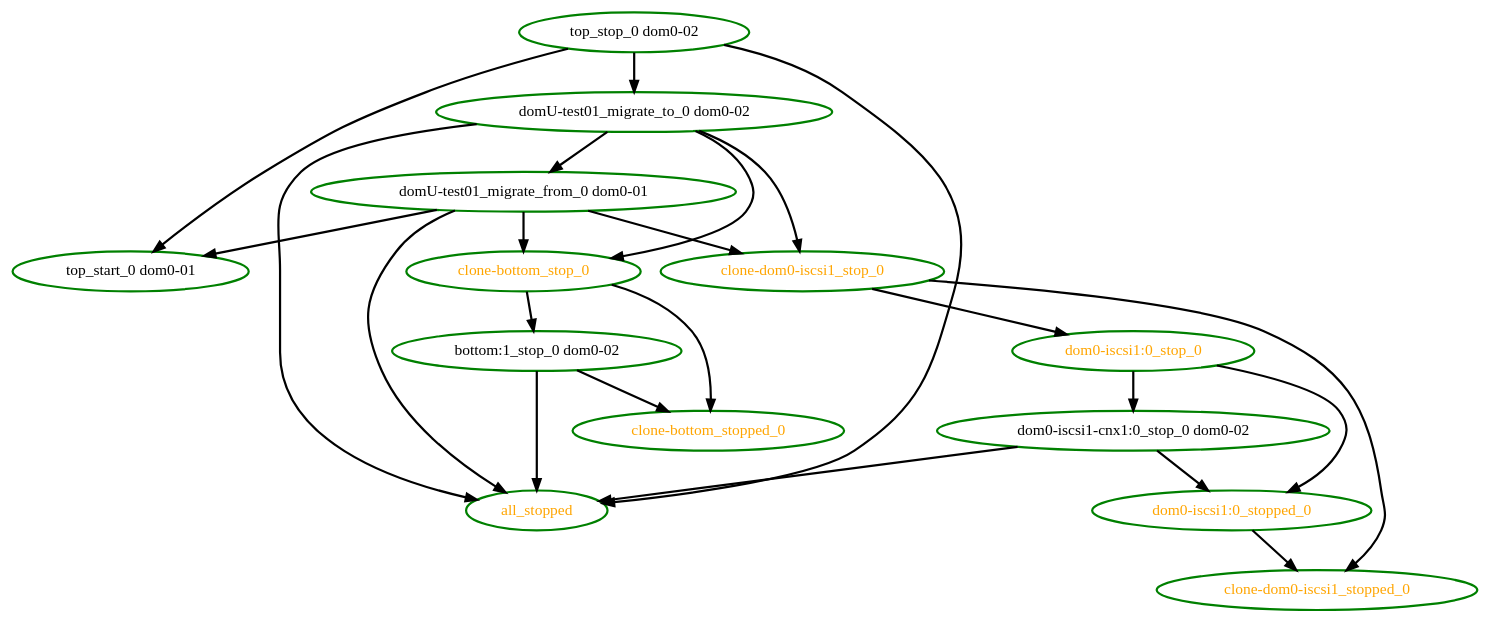
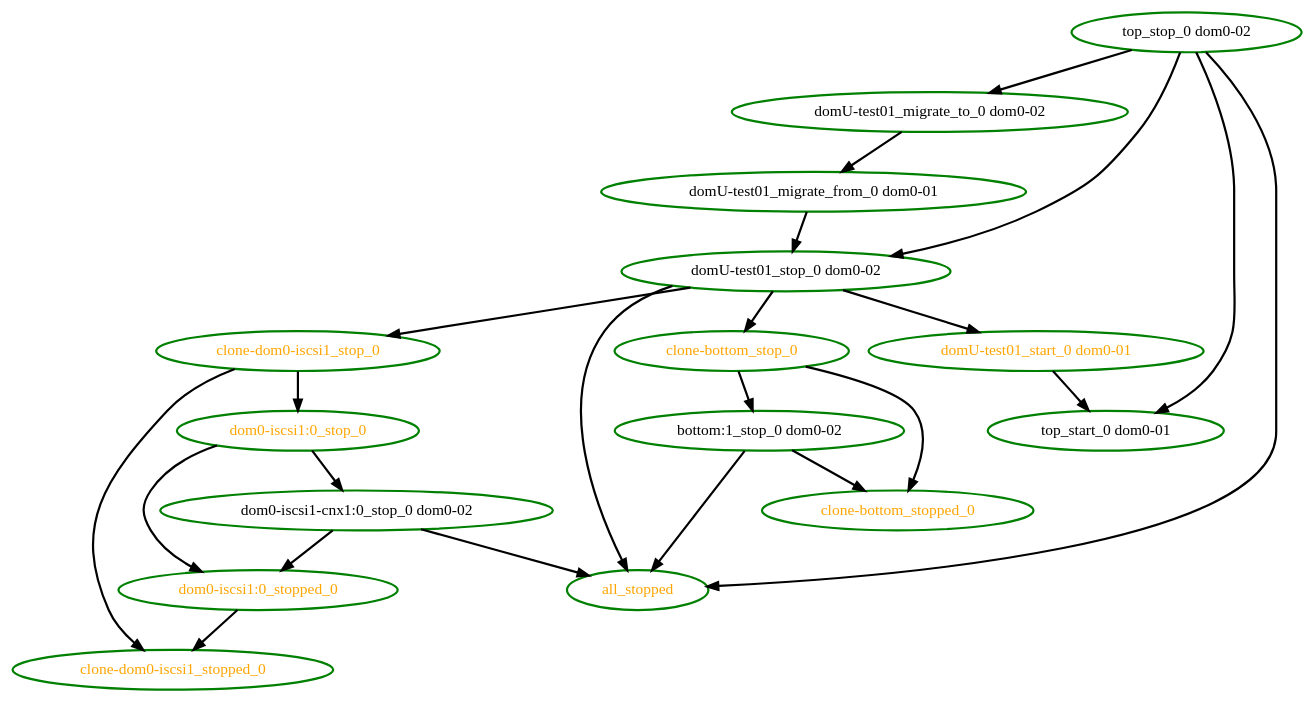
The diagram in pengine/test10/migrate-stop-complex.dot (ClusterLabs/pacemaker), drawn with Graphviz before and after one commit. The commit also changed 353 other files, not shown here.

```diff
--- a/pengine/test10/migrate-stop-complex.dot
+++ b/pengine/test10/migrate-stop-complex.dot
@@ -1,37 +1,39 @@
 digraph "g" {
 "all_stopped" [ style=bold color="green" fontcolor="orange"  ]
 "bottom:1_stop_0 dom0-02" -> "all_stopped" [ style = bold]
 "bottom:1_stop_0 dom0-02" -> "clone-bottom_stopped_0" [ style = bold]
 "bottom:1_stop_0 dom0-02" [ style=bold color="green" fontcolor="black"  ]
 "clone-bottom_stop_0" -> "bottom:1_stop_0 dom0-02" [ style = bold]
 "clone-bottom_stop_0" -> "clone-bottom_stopped_0" [ style = bold]
 "clone-bottom_stop_0" [ style=bold color="green" fontcolor="orange"  ]
 "clone-bottom_stopped_0" [ style=bold color="green" fontcolor="orange"  ]
 "clone-dom0-iscsi1_stop_0" -> "clone-dom0-iscsi1_stopped_0" [ style = bold]
 "clone-dom0-iscsi1_stop_0" -> "dom0-iscsi1:0_stop_0" [ style = bold]
 "clone-dom0-iscsi1_stop_0" [ style=bold color="green" fontcolor="orange"  ]
 "clone-dom0-iscsi1_stopped_0" [ style=bold color="green" fontcolor="orange"  ]
 "dom0-iscsi1-cnx1:0_stop_0 dom0-02" -> "all_stopped" [ style = bold]
 "dom0-iscsi1-cnx1:0_stop_0 dom0-02" -> "dom0-iscsi1:0_stopped_0" [ style = bold]
 "dom0-iscsi1-cnx1:0_stop_0 dom0-02" [ style=bold color="green" fontcolor="black"  ]
 "dom0-iscsi1:0_stop_0" -> "dom0-iscsi1-cnx1:0_stop_0 dom0-02" [ style = bold]
 "dom0-iscsi1:0_stop_0" -> "dom0-iscsi1:0_stopped_0" [ style = bold]
 "dom0-iscsi1:0_stop_0" [ style=bold color="green" fontcolor="orange"  ]
 "dom0-iscsi1:0_stopped_0" -> "clone-dom0-iscsi1_stopped_0" [ style = bold]
 "dom0-iscsi1:0_stopped_0" [ style=bold color="green" fontcolor="orange"  ]
-"domU-test01_migrate_from_0 dom0-01" -> "all_stopped" [ style = bold]
-"domU-test01_migrate_from_0 dom0-01" -> "clone-bottom_stop_0" [ style = bold]
-"domU-test01_migrate_from_0 dom0-01" -> "clone-dom0-iscsi1_stop_0" [ style = bold]
-"domU-test01_migrate_from_0 dom0-01" -> "top_start_0 dom0-01" [ style = bold]
+"domU-test01_migrate_from_0 dom0-01" -> "domU-test01_stop_0 dom0-02" [ style = bold]
 "domU-test01_migrate_from_0 dom0-01" [ style=bold color="green" fontcolor="black"  ]
-"domU-test01_migrate_to_0 dom0-02" -> "all_stopped" [ style = bold]
-"domU-test01_migrate_to_0 dom0-02" -> "clone-bottom_stop_0" [ style = bold]
-"domU-test01_migrate_to_0 dom0-02" -> "clone-dom0-iscsi1_stop_0" [ style = bold]
 "domU-test01_migrate_to_0 dom0-02" -> "domU-test01_migrate_from_0 dom0-01" [ style = bold]
 "domU-test01_migrate_to_0 dom0-02" [ style=bold color="green" fontcolor="black"  ]
+"domU-test01_start_0 dom0-01" -> "top_start_0 dom0-01" [ style = bold]
+"domU-test01_start_0 dom0-01" [ style=bold color="green" fontcolor="orange"  ]
+"domU-test01_stop_0 dom0-02" -> "all_stopped" [ style = bold]
+"domU-test01_stop_0 dom0-02" -> "clone-bottom_stop_0" [ style = bold]
+"domU-test01_stop_0 dom0-02" -> "clone-dom0-iscsi1_stop_0" [ style = bold]
+"domU-test01_stop_0 dom0-02" -> "domU-test01_start_0 dom0-01" [ style = bold]
+"domU-test01_stop_0 dom0-02" [ style=bold color="green" fontcolor="black"  ]
 "top_start_0 dom0-01" [ style=bold color="green" fontcolor="black"  ]
 "top_stop_0 dom0-02" -> "all_stopped" [ style = bold]
 "top_stop_0 dom0-02" -> "domU-test01_migrate_to_0 dom0-02" [ style = bold]
+"top_stop_0 dom0-02" -> "domU-test01_stop_0 dom0-02" [ style = bold]
 "top_stop_0 dom0-02" -> "top_start_0 dom0-01" [ style = bold]
 "top_stop_0 dom0-02" [ style=bold color="green" fontcolor="black"  ]
 }
```
